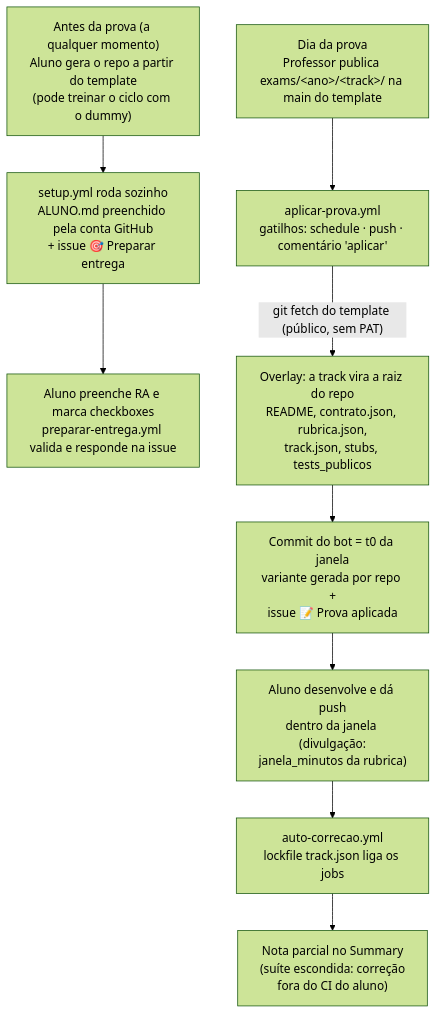
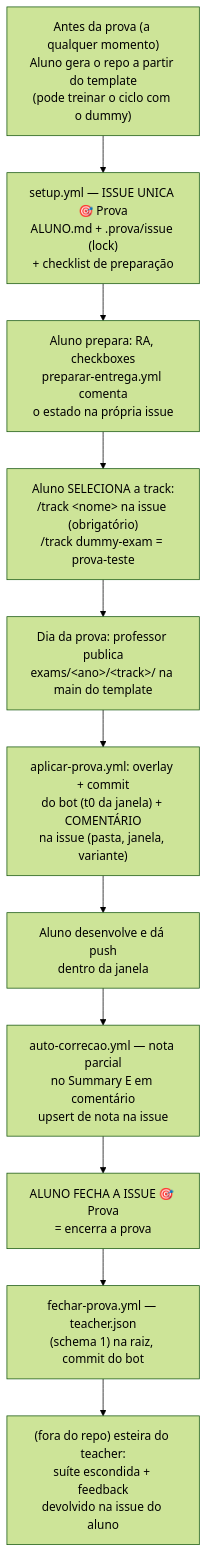
The diagram in README.md (endersonmenezes/exam-escola-ti), drawn with Mermaid (forest theme) before and after one commit. The commit also changed other lines of this file and 12 other files, not shown here.

First line of the commit message:
refactor: update track selection process and improve issue handling

````diff
--- a/README.md
+++ b/README.md
@@ -60,11 +60,13 @@
 ```mermaid
 flowchart TD
-    A["Antes da prova (a qualquer momento)<br/>Aluno gera o repo a partir do template<br/>(pode treinar o ciclo com o dummy)"] --> B["setup.yml roda sozinho<br/>ALUNO.md preenchido pela conta GitHub<br/>+ issue 🎯 Preparar entrega"]
-    B --> C["Aluno preenche RA e marca checkboxes<br/>preparar-entrega.yml valida e responde na issue"]
-    D["Dia da prova<br/>Professor publica exams/&lt;ano&gt;/&lt;track&gt;/ na main do template"] --> E["aplicar-prova.yml<br/>gatilhos: schedule · push · comentário 'aplicar'"]
-    E -->|"git fetch do template (público, sem PAT)"| F["Overlay: a track vira a raiz do repo<br/>README, contrato.json, rubrica.json,<br/>track.json, stubs, tests_publicos"]
-    F --> G["Commit do bot = t0 da janela<br/>variante gerada por repo +<br/>issue 📝 Prova aplicada"]
-    G --> H["Aluno desenvolve e dá push<br/>dentro da janela (divulgação:<br/>janela_minutos da rubrica)"]
-    H --> I["auto-correcao.yml<br/>lockfile track.json liga os jobs"]
-    I --> J["Nota parcial no Summary<br/>(suíte escondida: correção<br/>fora do CI do aluno)"]
+    A["Antes da prova (a qualquer momento)<br/>Aluno gera o repo a partir do template<br/>(pode treinar o ciclo com o dummy)"] --> B["setup.yml — ISSUE UNICA 🎯 Prova<br/>ALUNO.md + .prova/issue (lock)<br/>+ checklist de preparação"]
+    B --> C["Aluno prepara: RA, checkboxes<br/>preparar-entrega.yml comenta<br/>o estado na própria issue"]
+    C --> D["Aluno SELECIONA a track:<br/>/track &lt;nome&gt; na issue (obrigatório)<br/>/track dummy-exam = prova-teste"]
+    D --> E["Dia da prova: professor publica<br/>exams/&lt;ano&gt;/&lt;track&gt;/ na main do template"]
+    E --> F["aplicar-prova.yml: overlay + commit<br/>do bot (t0 da janela) + COMENTÁRIO<br/>na issue (pasta, janela, variante)"]
+    F --> G["Aluno desenvolve e dá push<br/>dentro da janela"]
+    G --> H["auto-correcao.yml — nota parcial<br/>no Summary E em comentário<br/>upsert de nota na issue"]
+    H --> I["ALUNO FECHA A ISSUE 🎯 Prova<br/>= encerra a prova"]
+    I --> J["fechar-prova.yml — teacher.json<br/>(schema 1) na raiz, commit do bot"]
+    J --> K["(fora do repo) esteira do teacher:<br/>suíte escondida + feedback<br/>devolvido na issue do aluno"]
 ```
````
